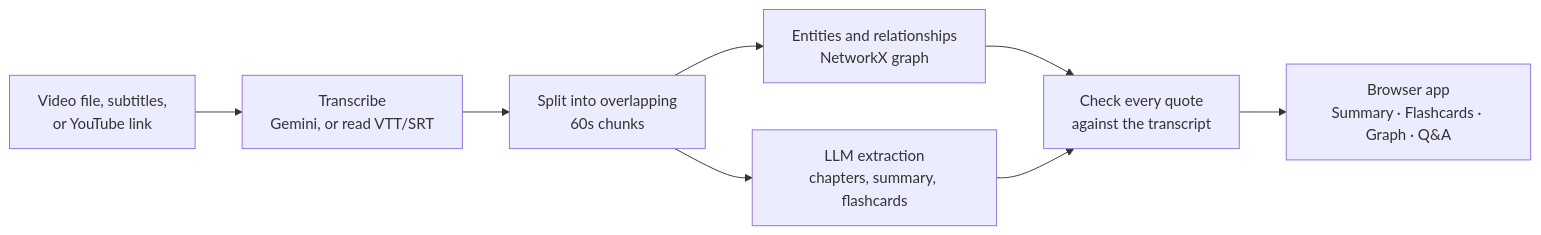
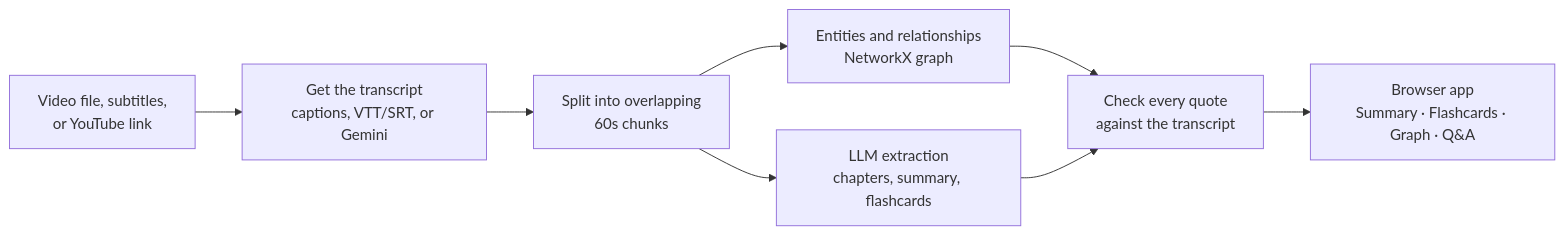
The diagram in README.md (XVX-016/MLH_hackathon), drawn with Mermaid before and after one commit. The commit also changed other lines of this file, not shown here.

First line of the commit message:
docs(readme): match the 15-minute limit and caption-based YouTube ingest

````diff
--- a/README.md
+++ b/README.md
@@ -54,10 +54,10 @@
 ```mermaid
 flowchart LR
-    A[Video file, subtitles,<br>or YouTube link] --> B[Transcribe<br>Gemini, or read VTT/SRT]
+    A[Video file, subtitles,<br>or YouTube link] --> B[Get the transcript<br>captions, VTT/SRT, or Gemini]
     B --> C[Split into overlapping<br>60s chunks]
     C --> D[LLM extraction<br>chapters, summary, flashcards]
     C --> E[Entities and relationships<br>NetworkX graph]
     E --> F[Check every quote<br>against the transcript]
     D --> F
     F --> G[Browser app<br>Summary · Flashcards · Graph · Q&A]
 ```
````
